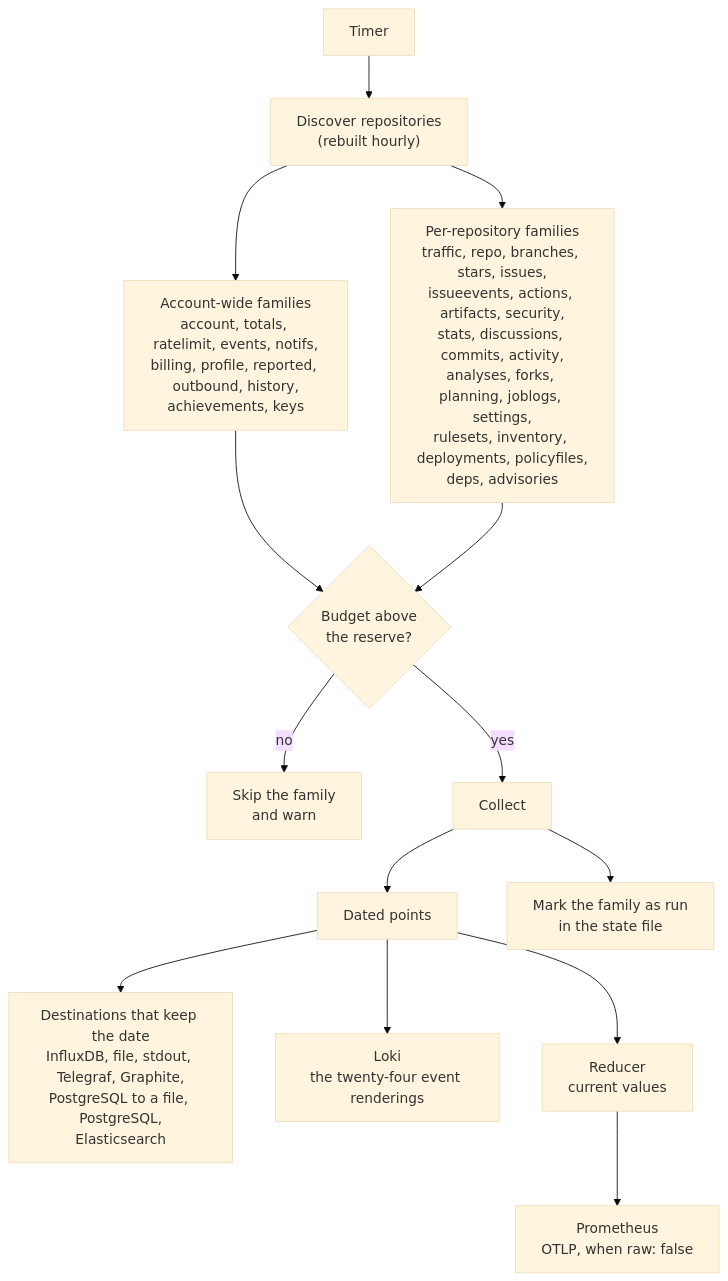
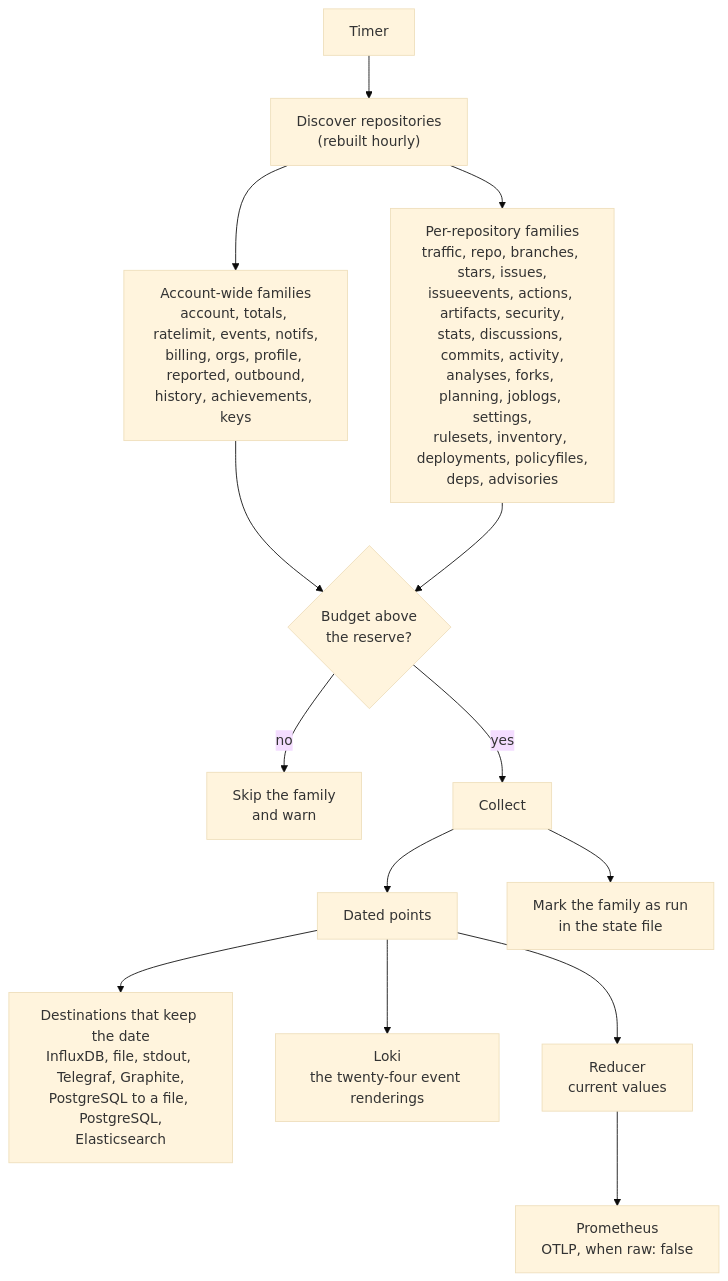
Before and after one commit to jmrplens/ghchronicle: the diagram in docs/how-it-works.md, drawn with Mermaid (base theme). The commit also changed 87 other files, not shown here.

````diff
--- a/docs/how-it-works.md
+++ b/docs/how-it-works.md
@@ -22,17 +22,17 @@
 ```mermaid
 %% Generated by site/scripts/gen-figures.mjs from internal/config/config.go and internal/run/runner.go
 flowchart TD
     T["Timer"] --> D["Discover repositories<br/>(rebuilt hourly)"]
-    D --> A["Account-wide families<br/>account, totals, ratelimit, events, notifs,<br/>billing, profile, reported, outbound, history,<br/>achievements, keys"]
+    D --> A["Account-wide families<br/>account, totals, ratelimit, events, notifs,<br/>billing, orgs, profile, reported, outbound,<br/>history, achievements, keys"]
     D --> R["Per-repository families<br/>traffic, repo, branches, stars, issues,<br/>issueevents, actions, artifacts, security,<br/>stats, discussions, commits, activity,<br/>analyses, forks, planning, joblogs, settings,<br/>rulesets, inventory, deployments, policyfiles,<br/>deps, advisories"]
     A --> B{"Budget above<br/>the reserve?"}
     R --> B
     B -- "no" --> S["Skip the family<br/>and warn"]
     B -- "yes" --> C["Collect"]
     C --> P["Dated points"]
     P --> H["Destinations that keep the date<br/>InfluxDB, file, stdout, Telegraf, Graphite,<br/>PostgreSQL to a file, PostgreSQL,<br/>Elasticsearch"]
     P --> L["Loki<br/>the twenty-four event renderings"]
     P --> RD["Reducer<br/>current values"]
     RD --> G["Prometheus<br/>OTLP, when raw: false"]
     C --> M["Mark the family as run<br/>in the state file"]
 ```
````
